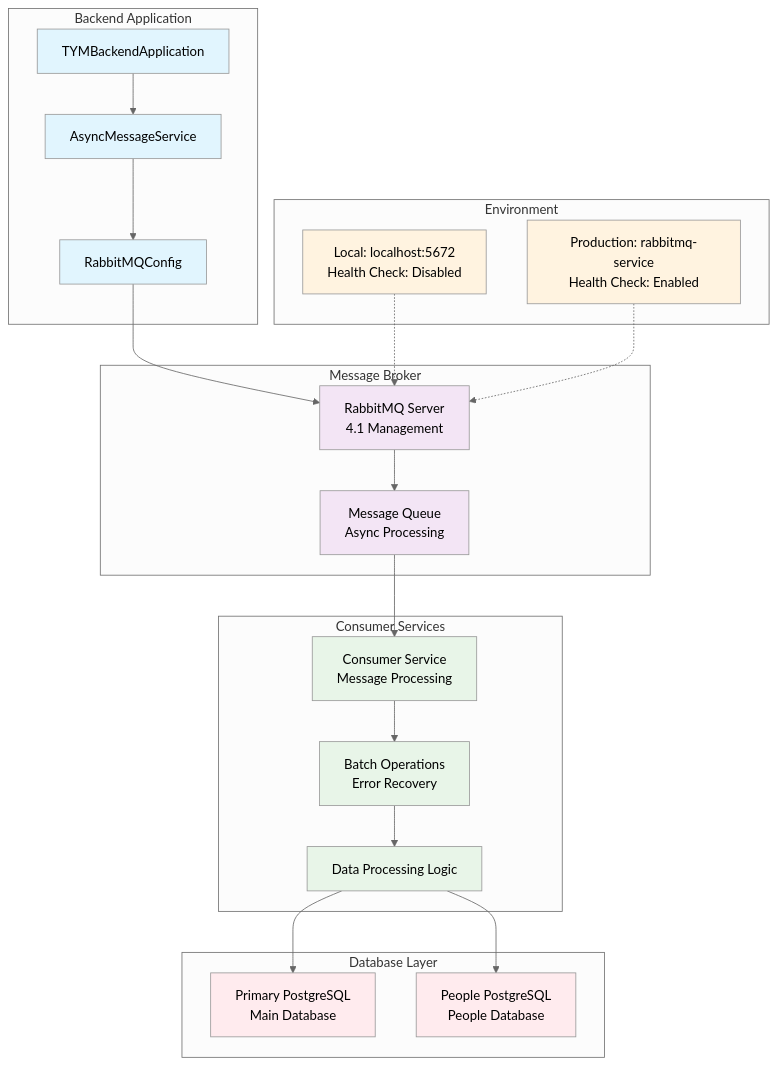
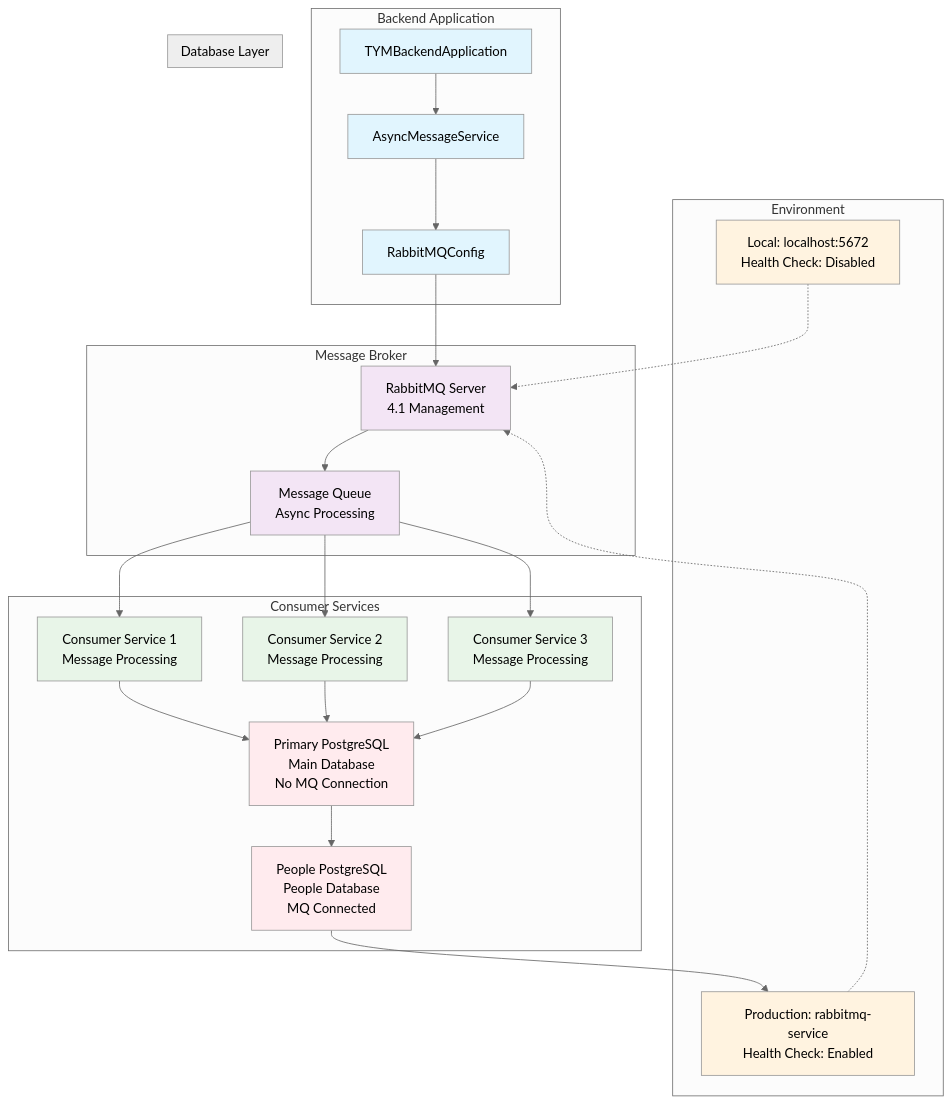
One commit to Vinskao/ty-multiverse-backend changed diagram 11 of 11 in README.md. Above: the diagram before and after it, drawn with Mermaid (neutral theme).

Commit message:
info: add mq graph

````diff
--- a/README.md
+++ b/README.md
@@ -486,57 +486,62 @@
 ```mermaid
 graph TB
     subgraph "Backend Application"
         A[TYMBackendApplication]
         B[AsyncMessageService]
         C[RabbitMQConfig]
     end
     
     subgraph "Message Broker"
         D[RabbitMQ Server<br/>4.1 Management]
         E[Message Queue<br/>Async Processing]
     end
     
     subgraph "Consumer Services"
-        F[Consumer Service<br/>Message Processing]
-        G[Batch Operations<br/>Error Recovery]
-        H[Data Processing Logic]
+        F[Consumer Service 1<br/>Message Processing]
+        G[Consumer Service 2<br/>Message Processing]
+        H[Consumer Service 3<br/>Message Processing]
+        I[Batch Operations<br/>Error Recovery]
+        J[Data Processing Logic]
     end
     
     subgraph "Database Layer"
-        I[Primary PostgreSQL<br/>Main Database]
-        J[People PostgreSQL<br/>People Database]
+        I[Primary PostgreSQL<br/>Main Database<br/>No MQ Connection]
+        J[People PostgreSQL<br/>People Database<br/>MQ Connected]
     end
     
     subgraph "Environment"
         K[Local: localhost:5672<br/>Health Check: Disabled]
         L[Production: rabbitmq-service<br/>Health Check: Enabled]
     end
     
     %% Data Flow
     A --> B
     B --> C
     C --> D
     D --> E
     E --> F
-    F --> G
-    G --> H
+    E --> G
+    E --> H
+    F --> I
+    G --> I
     H --> I
-    H --> J
+    I --> J
+    J --> L
     
     %% Environment Configuration
     K -.-> D
     L -.-> D
     
     %% Styling
     classDef backend fill:#e1f5fe
     classDef mq fill:#f3e5f5
     classDef consumer fill:#e8f5e8
     classDef database fill:#ffebee
     classDef env fill:#fff3e0
     
     class A,B,C backend
     class D,E mq
     class F,G,H consumer
     class I,J database
     class K,L env
 ```
````
